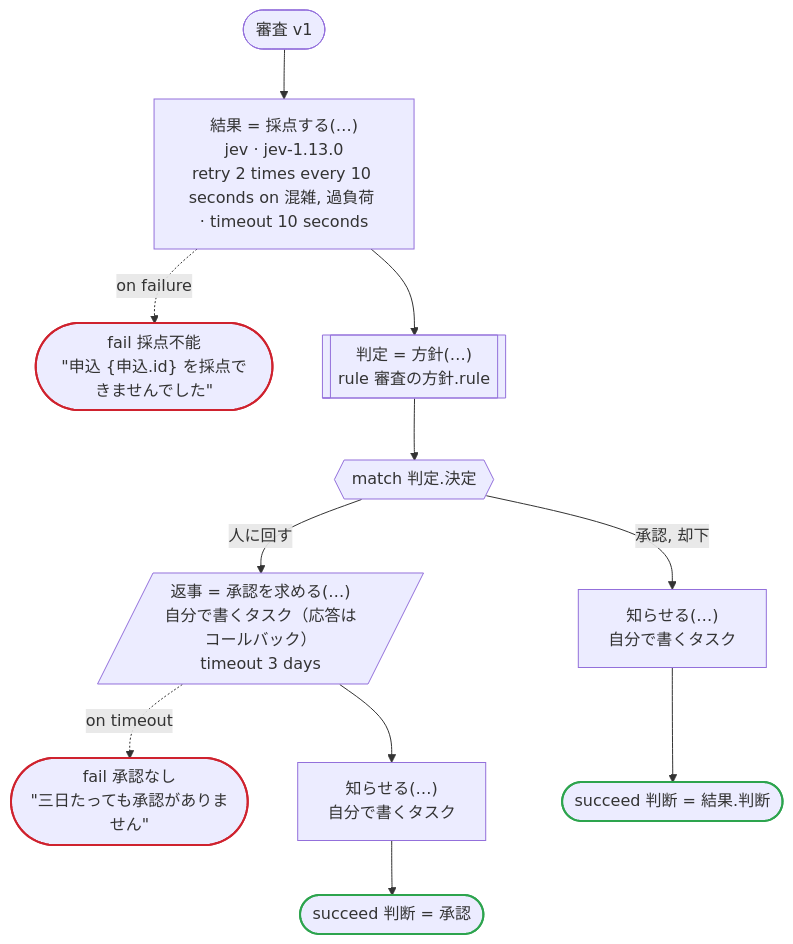
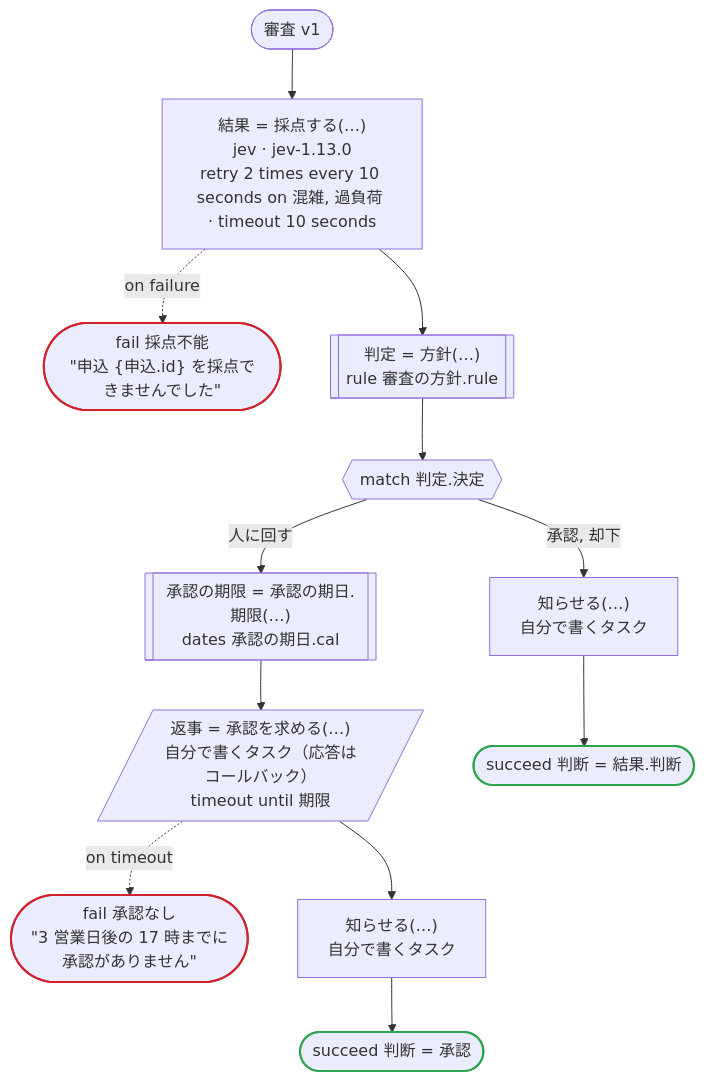
The diagram in crates/dandori/tests/doc/examples-review-temporal-review-ja.ja.md (i2y/ritsu), drawn with Mermaid before and after one commit. The commit also changed other lines of this file and 174 other files, not shown here.

````diff
--- a/crates/dandori/tests/doc/examples-review-temporal-review-ja.ja.md
+++ b/crates/dandori/tests/doc/examples-review-temporal-review-ja.ja.md
@@ -9,28 +9,30 @@
 ```mermaid
 flowchart TD
     start(["審査 v1"])
     s1["結果 = 採点する(…)<br>jev · jev-1.13.0<br>retry 2 times every 10 seconds on 混雑, 過負荷 · timeout 10 seconds"]
     s2(["fail 採点不能<br>#quot;申込 {申込.id} を採点できませんでした#quot;"])
     s3[["判定 = 方針(…)<br>rule 審査の方針.rule"]]
     s4{{"match 判定.決定"}}
-    s6[/"返事 = 承認を求める(…)<br>自分で書くタスク（応答はコールバック）<br>timeout 3 days"/]
-    s7(["fail 承認なし<br>#quot;三日たっても承認がありません#quot;"])
-    s8["知らせる(…)<br>自分で書くタスク"]
-    s9(["succeed 判断 = 承認"])
-    s10["知らせる(…)<br>自分で書くタスク"]
-    s11(["succeed 判断 = 結果.判断"])
+    s6[["承認の期限 = 承認の期日.期限(…)<br>dates 承認の期日.cal"]]
+    s7[/"返事 = 承認を求める(…)<br>自分で書くタスク（応答はコールバック）<br>timeout until 期限"/]
+    s8(["fail 承認なし<br>#quot;3 営業日後の 17 時までに承認がありません#quot;"])
+    s9["知らせる(…)<br>自分で書くタスク"]
+    s10(["succeed 判断 = 承認"])
+    s11["知らせる(…)<br>自分で書くタスク"]
+    s12(["succeed 判断 = 結果.判断"])
     start --> s1
     s1 -.->|"on failure"| s2
     s1 --> s3
     s3 --> s4
     s4 -->|"人に回す"| s6
-    s6 -.->|"on timeout"| s7
-    s6 --> s8
-    s8 --> s9
-    s4 -->|"承認, 却下"| s10
-    s10 --> s11
+    s6 --> s7
+    s7 -.->|"on timeout"| s8
+    s7 --> s9
+    s9 --> s10
+    s4 -->|"承認, 却下"| s11
+    s11 --> s12
     classDef ok stroke:#2da44e,stroke-width:2px
     classDef bad stroke:#cf222e,stroke-width:2px
-    class s9,s11 ok
-    class s2,s7 bad
+    class s10,s12 ok
+    class s2,s8 bad
 ```
````
